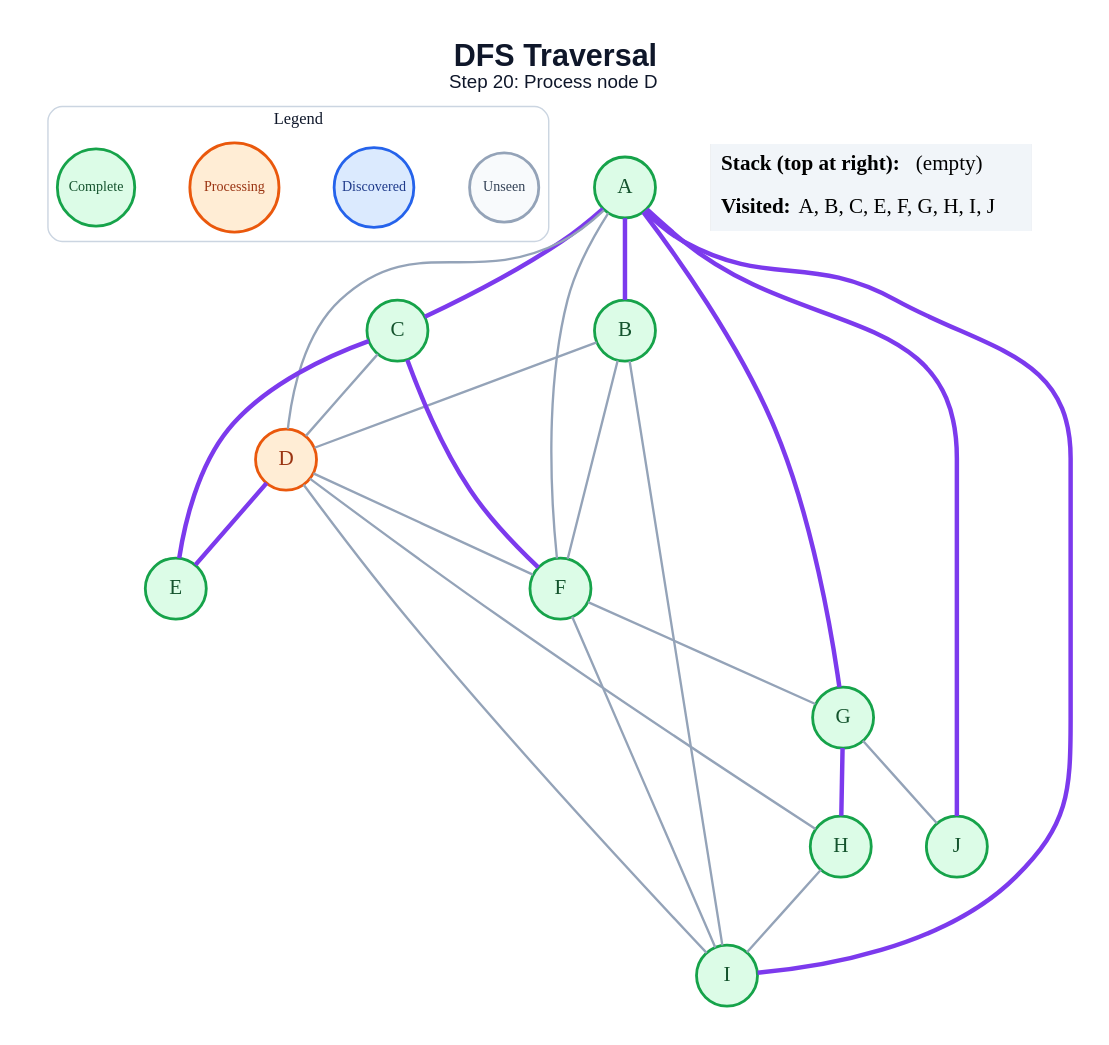
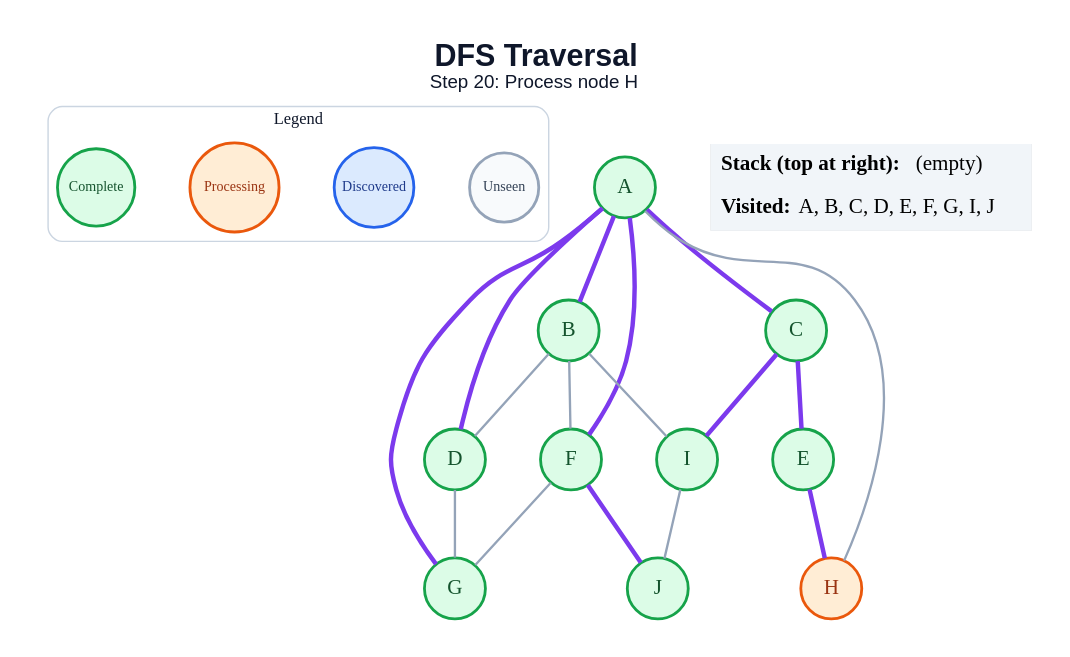
Before and after one commit to amanghodawala9/ai-slop: the diagram in generated/specific-node/dfs/step_20.dot, drawn with Graphviz. The commit also changed 178 other files, not shown here.

```diff
--- a/generated/specific-node/dfs/step_20.dot
+++ b/generated/specific-node/dfs/step_20.dot
@@ -1,51 +1,45 @@
 graph traversal {
   graph [layout=dot, rankdir=TB, bgcolor="#FFFFFF", pad="0.35", nodesep="0.65", ranksep="0.8", fontname="Arial"];
   node [shape=circle, style="filled", fontname="Arial Bold", fontsize=18, width=0.72, fixedsize=true, penwidth=2.4];
   edge [color="#94A3B8", penwidth=2.0];
-  label=<<B>DFS Traversal</B><BR/><FONT POINT-SIZE="16">Step 20: Process node D</FONT>>; labelloc="t"; fontsize=26; fontname="Arial"; fontcolor="#0F172A";
+  label=<<B>DFS Traversal</B><BR/><FONT POINT-SIZE="16">Step 20: Process node H</FONT>>; labelloc="t"; fontsize=26; fontname="Arial"; fontcolor="#0F172A";
   subgraph cluster_legend { label="Legend"; color="#CBD5E1"; penwidth=1.2; style="rounded"; fontsize=14; fontname="Arial Bold";
     key_unseen [label="Unseen", fillcolor="#F8FAFC", color="#94A3B8", fontcolor="#334155", fontsize=12, width=0.82];
     key_frontier [label="Discovered", fillcolor="#DBEAFE", color="#2563EB", fontcolor="#1E3A8A", fontsize=12, width=0.95];
     key_current [label="Processing", fillcolor="#FFEDD5", color="#EA580C", fontcolor="#9A3412", fontsize=12, width=1.05];
     key_done [label="Complete", fillcolor="#DCFCE7", color="#16A34A", fontcolor="#14532D", fontsize=12, width=0.92];
     { rank=same; key_unseen; key_frontier; key_current; key_done; }
   }
   A [fillcolor="#DCFCE7", color="#16A34A", fontcolor="#14532D"];
   B [fillcolor="#DCFCE7", color="#16A34A", fontcolor="#14532D"];
   C [fillcolor="#DCFCE7", color="#16A34A", fontcolor="#14532D"];
-  D [fillcolor="#FFEDD5", color="#EA580C", fontcolor="#9A3412"];
+  D [fillcolor="#DCFCE7", color="#16A34A", fontcolor="#14532D"];
   E [fillcolor="#DCFCE7", color="#16A34A", fontcolor="#14532D"];
   F [fillcolor="#DCFCE7", color="#16A34A", fontcolor="#14532D"];
   G [fillcolor="#DCFCE7", color="#16A34A", fontcolor="#14532D"];
-  H [fillcolor="#DCFCE7", color="#16A34A", fontcolor="#14532D"];
+  H [fillcolor="#FFEDD5", color="#EA580C", fontcolor="#9A3412"];
   I [fillcolor="#DCFCE7", color="#16A34A", fontcolor="#14532D"];
   J [fillcolor="#DCFCE7", color="#16A34A", fontcolor="#14532D"];
   A -- B [color="#7C3AED", penwidth=3.8];
   A -- C [color="#7C3AED", penwidth=3.8];
-  A -- D;
-  A -- F;
+  A -- D [color="#7C3AED", penwidth=3.8];
+  A -- F [color="#7C3AED", penwidth=3.8];
   A -- G [color="#7C3AED", penwidth=3.8];
-  A -- I [color="#7C3AED", penwidth=3.8];
-  A -- J [color="#7C3AED", penwidth=3.8];
+  A -- H;
   B -- D;
   B -- F;
   B -- I;
-  C -- D;
   C -- E [color="#7C3AED", penwidth=3.8];
-  C -- F [color="#7C3AED", penwidth=3.8];
-  D -- E [color="#7C3AED", penwidth=3.8];
-  D -- F;
-  D -- H;
-  D -- I;
+  C -- I [color="#7C3AED", penwidth=3.8];
+  D -- G;
+  E -- H [color="#7C3AED", penwidth=3.8];
   F -- G;
-  F -- I;
-  G -- H [color="#7C3AED", penwidth=3.8];
-  G -- J;
-  H -- I;
+  F -- J [color="#7C3AED", penwidth=3.8];
+  I -- J;
   status [shape=plain, fixedsize=false, width=0, height=0, margin=0, label=<
     <TABLE BORDER="0" CELLBORDER="0" CELLPADDING="7" BGCOLOR="#F1F5F9">
       <TR><TD ALIGN="LEFT"><B>Stack (top at right):</B> (empty)</TD></TR>
-      <TR><TD ALIGN="LEFT"><B>Visited:</B> A, B, C, E, F, G, H, I, J</TD></TR>
+      <TR><TD ALIGN="LEFT"><B>Visited:</B> A, B, C, D, E, F, G, I, J</TD></TR>
     </TABLE>
   >];
 }
```
